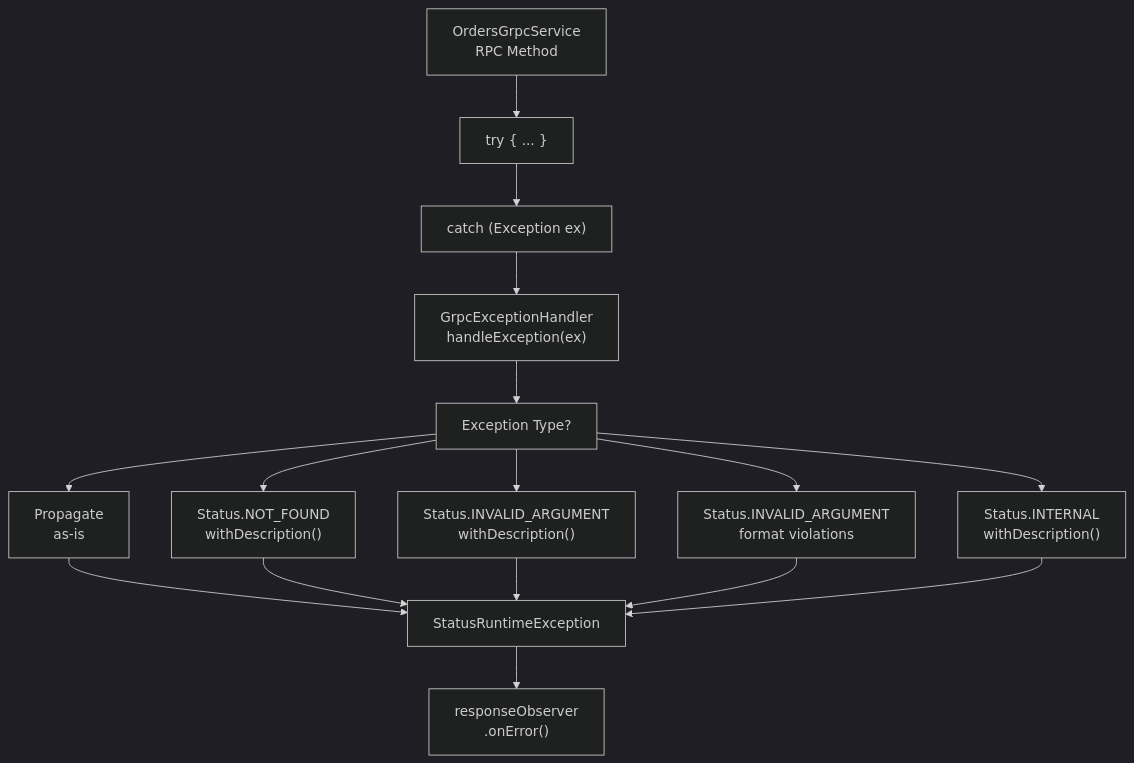
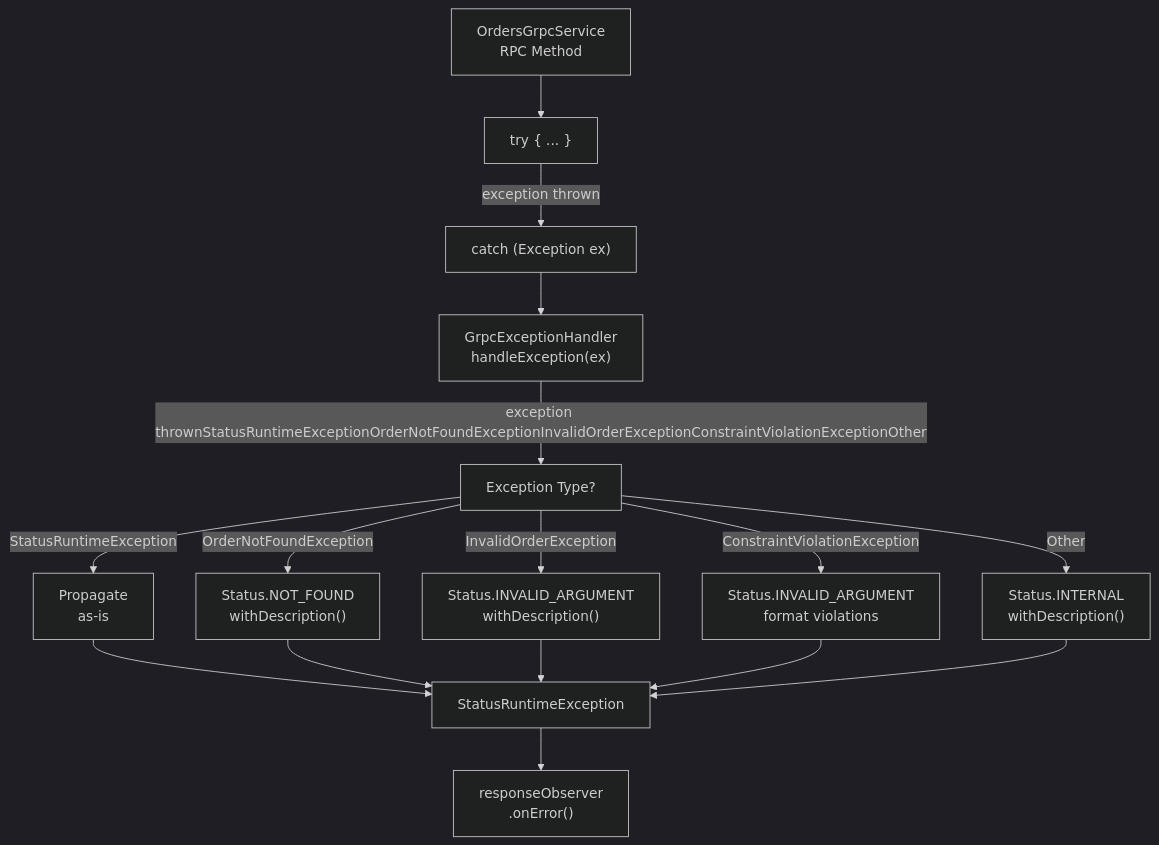
The sixth of 11 diagrams in docs/deepwiki/gRPC-Infrastructure.md (philipz/spring-modular-monolith), drawn with Mermaid (dark theme) before and after one commit. The commit also changed other lines of this file and 55 other files, not shown here.

````diff
--- a/docs/deepwiki/gRPC-Infrastructure.md
+++ b/docs/deepwiki/gRPC-Infrastructure.md
@@ -391,32 +391,32 @@
 ```mermaid
 flowchart TD
 
 ServiceMethod["OrdersGrpcService<br>RPC Method"]
 TryBlock["try { ... }"]
 CatchBlock["catch (Exception ex)"]
 Handler["GrpcExceptionHandler<br>handleException(ex)"]
 CheckType["Exception Type?"]
 Propagate["Propagate<br>as-is"]
 NotFound["Status.NOT_FOUND<br>withDescription()"]
 InvalidArg["Status.INVALID_ARGUMENT<br>withDescription()"]
 Validation["Status.INVALID_ARGUMENT<br>format violations"]
 Internal["Status.INTERNAL<br>withDescription()"]
 Return["StatusRuntimeException"]
 ResponseObserver["responseObserver<br>.onError()"]
 
 ServiceMethod --> TryBlock
-TryBlock --> CatchBlock
+TryBlock -->|"exception thrown"| CatchBlock
 CatchBlock --> Handler
-Handler --> CheckType
-CheckType --> Propagate
-CheckType --> NotFound
-CheckType --> InvalidArg
-CheckType --> Validation
-CheckType --> Internal
+Handler -->|"exception thrownStatusRuntimeExceptionOrderNotFoundExceptionInvalidOrderExceptionConstraintViolationExceptionOther"| CheckType
+CheckType -->|"StatusRuntimeException"| Propagate
+CheckType -->|"OrderNotFoundException"| NotFound
+CheckType -->|"InvalidOrderException"| InvalidArg
+CheckType -->|"ConstraintViolationException"| Validation
+CheckType -->|"Other"| Internal
 Propagate --> Return
 NotFound --> Return
 InvalidArg --> Return
 Validation --> Return
 Internal --> Return
 Return --> ResponseObserver
 ```
````
